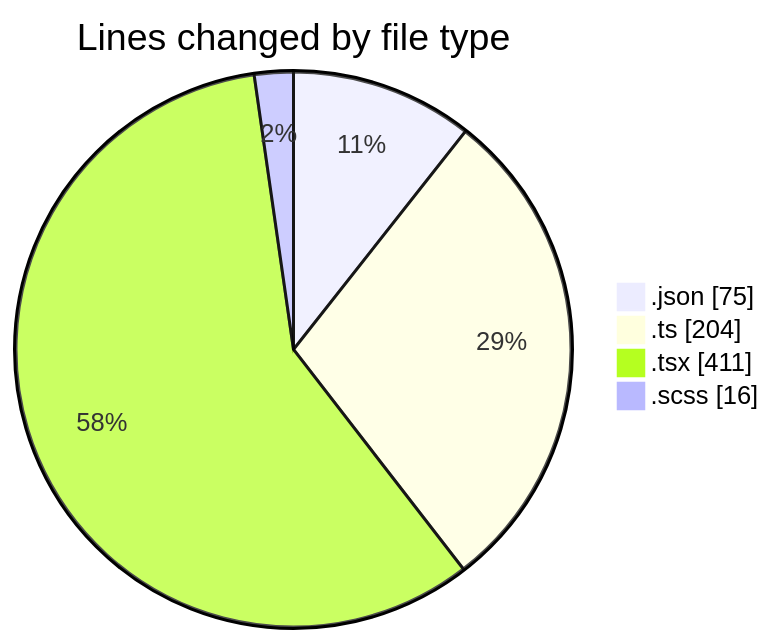
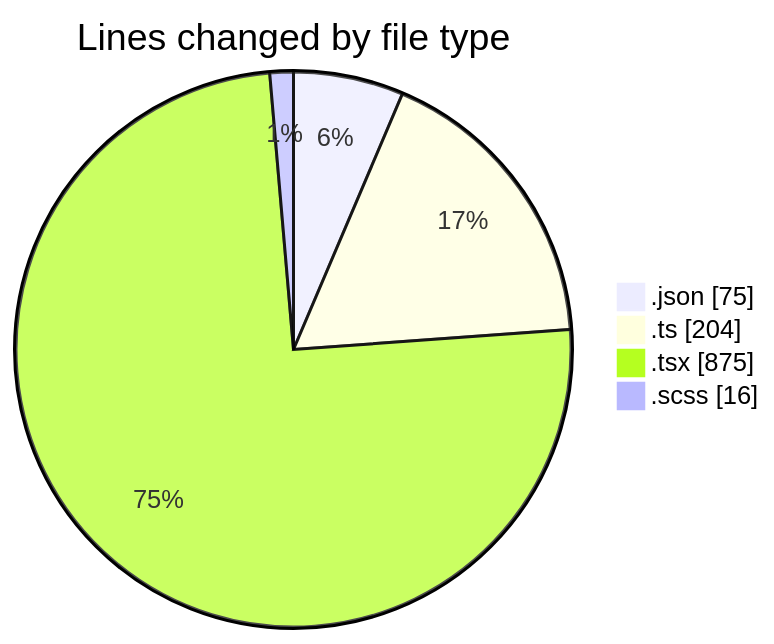
One commit to momahboobian/code-tracking changed the first of 2 diagrams in 2026-04-21/ise-web-ofcom/README.md. Above: the diagram before and after it, drawn with Mermaid. The commit also changed other lines of this file and 1 other file, not shown here.

````diff
--- a/2026-04-21/ise-web-ofcom/README.md
+++ b/2026-04-21/ise-web-ofcom/README.md
@@ -28,8 +28,8 @@
 ```mermaid
 pie showData
 title Lines changed by file type
 ".json" : 75
 ".ts" : 204
-".tsx" : 411
+".tsx" : 875
 ".scss" : 16
 ```
````
